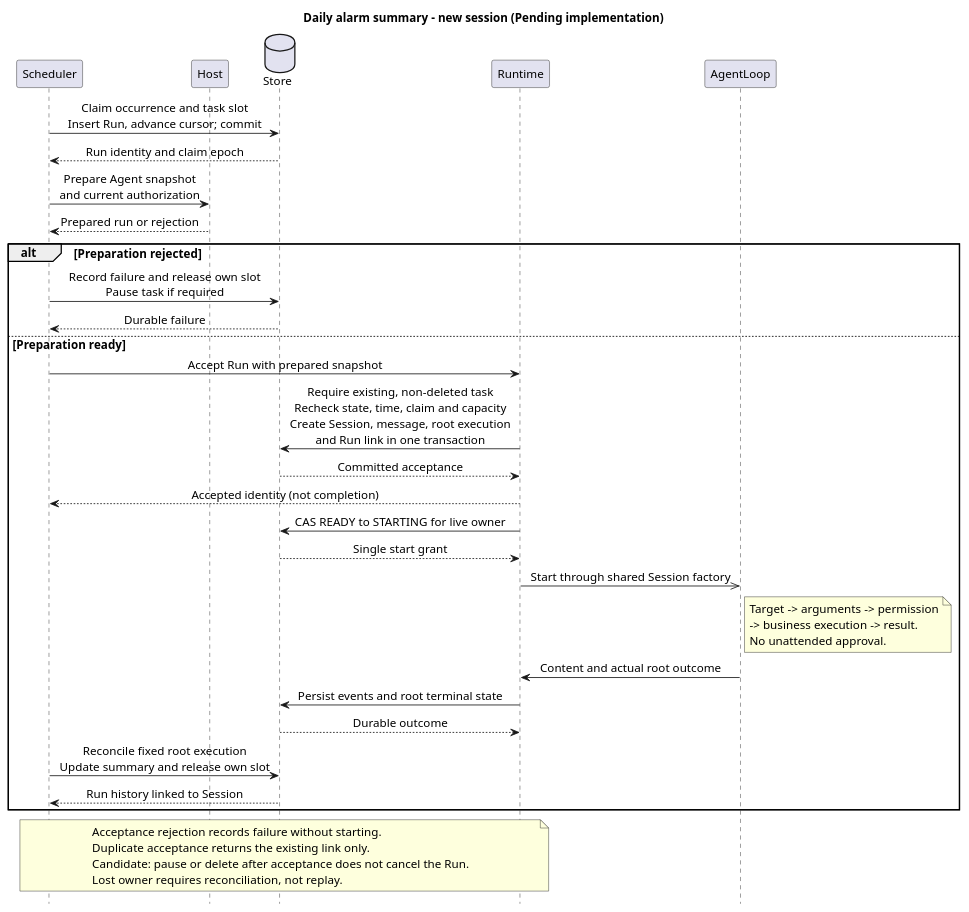
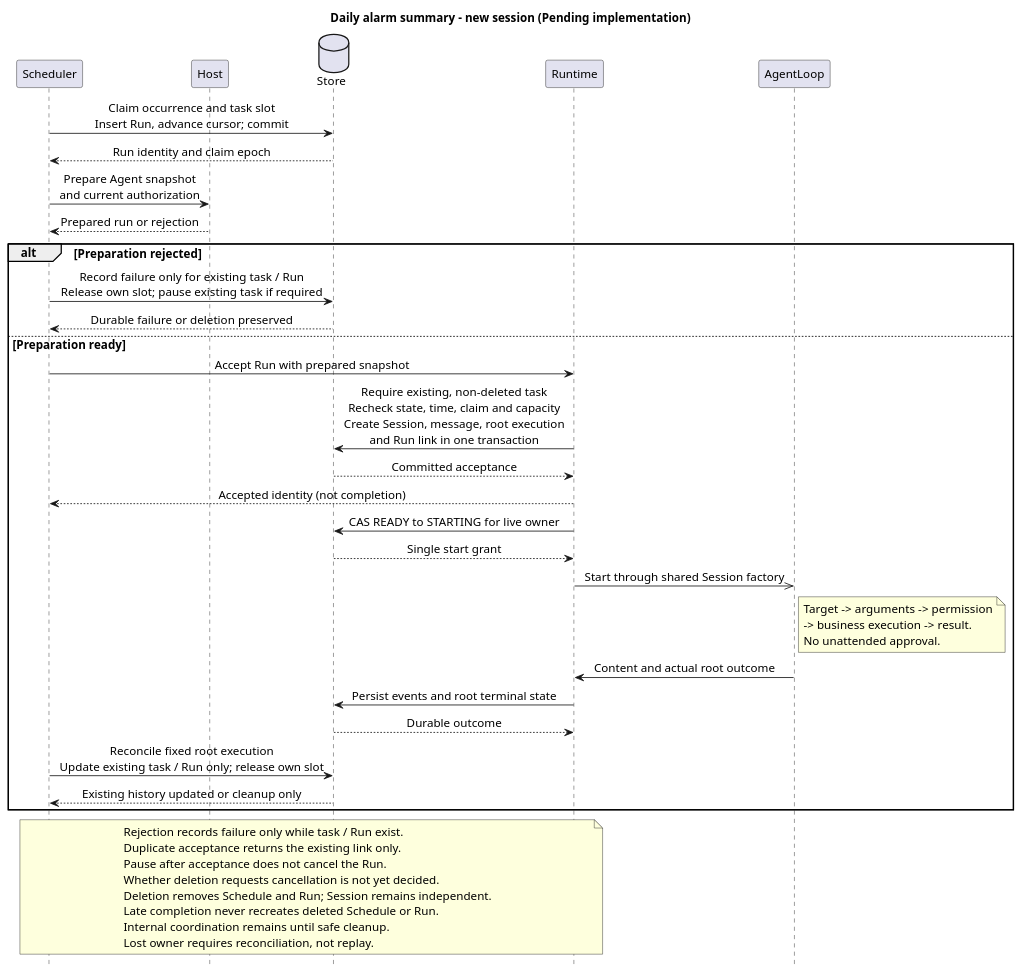
One commit to ssm0808/pi-mono-java-design changed the first of 4 diagrams in 01-总体架构/08-CampusClaw定时任务/diagram.puml. Above: the diagram before and after it, drawn with PlantUML. The commit also changed other lines of this file and 10 other files, not shown here.

Commit message:
docs(schedule): delete runs with schedules and retain sessions

```diff
--- a/01-总体架构/08-CampusClaw定时任务/diagram.puml
+++ b/01-总体架构/08-CampusClaw定时任务/diagram.puml
@@ -1,51 +1,55 @@
 @startuml scheduled_run_sequence
 ' Baseline: Claude scheduled-deployments, checked 2026-09-29, Beta.
 ' Source: modules/cron/src/main/java/com/campusclaw/cron/engine/CronEngine.java executeAndReschedule.
 ' Source: modules/coding-agent-cli/src/main/java/com/campusclaw/codingagent/runtimeapi/persistence/RuntimeExecutionPersistenceService.java acceptMessage.
 ' Source: modules/coding-agent-cli/src/main/java/com/campusclaw/codingagent/runtimeapi/event/RuntimeEventOutput.java persistenceOnly.
 ' Java baseline: 553dcd5e2ff682f9684810a043b442b37a02e54a.
 ' Design reason: durable occurrence and atomic acceptance, guarded against deletion, precede external work.
 ' Architecture change: scheduled acceptance and persistent Cron sessions are Pending implementation.
 title Daily alarm summary - new session (Pending implementation)
 hide footbox
 skinparam backgroundColor white
 skinparam defaultFontSize 14
 skinparam sequenceMessageAlign center
 participant Scheduler
 participant Host
 database Store
 participant Runtime
 participant AgentLoop
 Scheduler -> Store : Claim occurrence and task slot\nInsert Run, advance cursor; commit
 Store --> Scheduler : Run identity and claim epoch
 Scheduler -> Host : Prepare Agent snapshot\nand current authorization
 Host --> Scheduler : Prepared run or rejection
 alt Preparation rejected
-  Scheduler -> Store : Record failure and release own slot\nPause task if required
-  Store --> Scheduler : Durable failure
+  Scheduler -> Store : Record failure only for existing task / Run\nRelease own slot; pause existing task if required
+  Store --> Scheduler : Durable failure or deletion preserved
 else Preparation ready
   Scheduler -> Runtime : Accept Run with prepared snapshot
   Runtime -> Store : Require existing, non-deleted task\nRecheck state, time, claim and capacity\nCreate Session, message, root execution\nand Run link in one transaction
   Store --> Runtime : Committed acceptance
   Runtime --> Scheduler : Accepted identity (not completion)
   Runtime -> Store : CAS READY to STARTING for live owner
   Store --> Runtime : Single start grant
   Runtime ->> AgentLoop : Start through shared Session factory
   note right of AgentLoop
     Target -> arguments -> permission
     -> business execution -> result.
     No unattended approval.
   end note
   AgentLoop -> Runtime : Content and actual root outcome
   Runtime -> Store : Persist events and root terminal state
   Store --> Runtime : Durable outcome
-  Scheduler -> Store : Reconcile fixed root execution\nUpdate summary and release own slot
-  Store --> Scheduler : Run history linked to Session
+  Scheduler -> Store : Reconcile fixed root execution\nUpdate existing task / Run only; release own slot
+  Store --> Scheduler : Existing history updated or cleanup only
 end
 note over Scheduler, Runtime
-  Acceptance rejection records failure without starting.
+  Rejection records failure only while task / Run exist.
   Duplicate acceptance returns the existing link only.
-  Candidate: pause or delete after acceptance does not cancel the Run.
+  Pause after acceptance does not cancel the Run.
+  Whether deletion requests cancellation is not yet decided.
+  Deletion removes Schedule and Run; Session remains independent.
+  Late completion never recreates deleted Schedule or Run.
+  Internal coordination remains until safe cleanup.
   Lost owner requires reconciliation, not replay.
 end note
 @enduml
```
